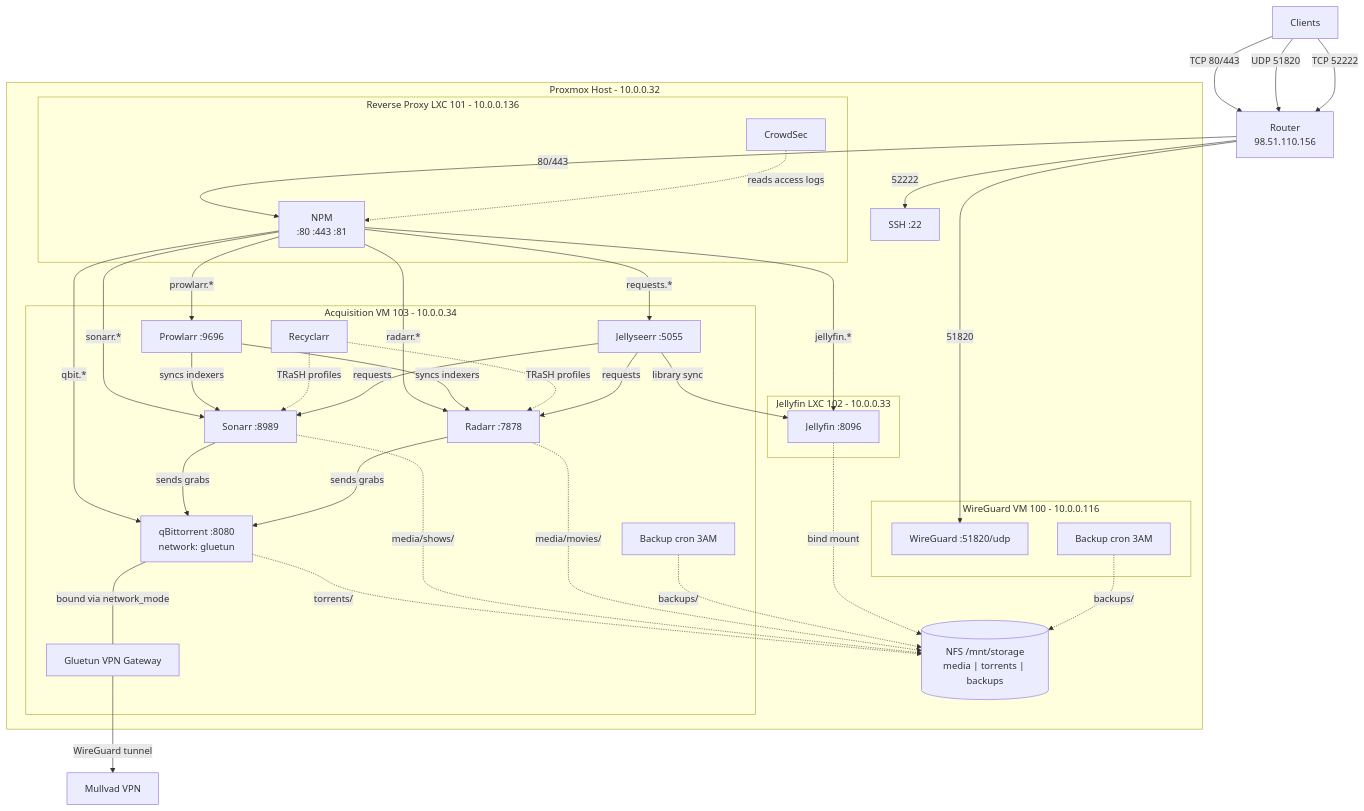
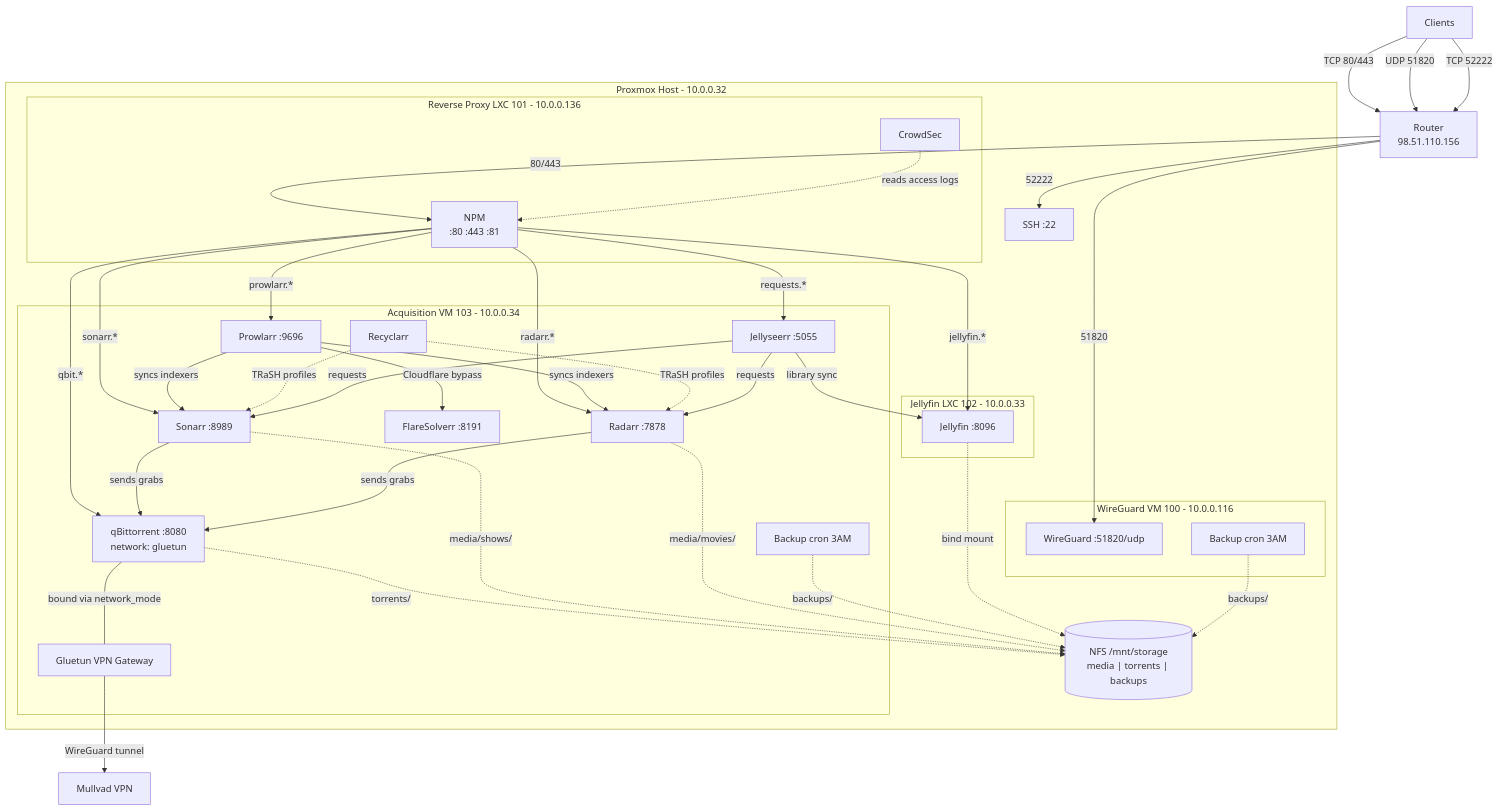
The diagram in OPERATIONS.md (awest25/farallon-infra), drawn with Mermaid before and after one commit. The commit also changed other lines of this file and 3 other files, not shown here.

First line of the commit message:
fix WireGuard host networking, add FlareSolverr, update docs

````diff
--- a/OPERATIONS.md
+++ b/OPERATIONS.md
@@ -5,73 +5,75 @@
 ```mermaid
 graph TB
     CLIENT["Clients"]
     MULLVAD["Mullvad VPN"]
     ROUTER["Router<br/>98.51.110.156"]
 
     CLIENT -->|"TCP 80/443"| ROUTER
     CLIENT -->|"UDP 51820"| ROUTER
     CLIENT -->|"TCP 52222"| ROUTER
 
     subgraph PVE["Proxmox Host - 10.0.0.32"]
         PVESSH["SSH :22"]
         STORAGE[("NFS /mnt/storage<br/>media | torrents | backups")]
 
         subgraph LXC101["Reverse Proxy LXC 101 - 10.0.0.136"]
             NPM["NPM<br/>:80 :443 :81"]
             CROWDSEC["CrowdSec"]
         end
 
         subgraph LXC102["Jellyfin LXC 102 - 10.0.0.33"]
             JELLYFIN["Jellyfin :8096"]
         end
 
         subgraph VM100["WireGuard VM 100 - 10.0.0.116"]
             WG["WireGuard :51820/udp"]
             WGCRON["Backup cron 3AM"]
         end
 
         subgraph VM103["Acquisition VM 103 - 10.0.0.34"]
             GLUETUN["Gluetun VPN Gateway"]
             QBIT["qBittorrent :8080<br/>network: gluetun"]
             PROWLARR["Prowlarr :9696"]
             SONARR["Sonarr :8989"]
             RADARR["Radarr :7878"]
             OVERSEERR["Jellyseerr :5055"]
             RECYCLARR["Recyclarr"]
+            FLARESOLVERR["FlareSolverr :8191"]
             ACQCRON["Backup cron 3AM"]
         end
     end
 
     ROUTER -->|"80/443"| NPM
     ROUTER -->|"51820"| WG
     ROUTER -->|"52222"| PVESSH
 
     NPM -->|"jellyfin.*"| JELLYFIN
     NPM -->|"sonarr.*"| SONARR
     NPM -->|"radarr.*"| RADARR
     NPM -->|"prowlarr.*"| PROWLARR
     NPM -->|"qbit.*"| QBIT
     NPM -->|"requests.*"| OVERSEERR
 
     CROWDSEC -.->|"reads access logs"| NPM
 
     GLUETUN -->|"WireGuard tunnel"| MULLVAD
     QBIT ---|"bound via network_mode"| GLUETUN
 
     PROWLARR -->|"syncs indexers"| SONARR
     PROWLARR -->|"syncs indexers"| RADARR
+    PROWLARR -->|"Cloudflare bypass"| FLARESOLVERR
     SONARR -->|"sends grabs"| QBIT
     RADARR -->|"sends grabs"| QBIT
     RECYCLARR -.->|"TRaSH profiles"| SONARR
     RECYCLARR -.->|"TRaSH profiles"| RADARR
     OVERSEERR -->|"requests"| SONARR
     OVERSEERR -->|"requests"| RADARR
     OVERSEERR -->|"library sync"| JELLYFIN
 
     QBIT -.->|"torrents/"| STORAGE
     SONARR -.->|"media/shows/"| STORAGE
     RADARR -.->|"media/movies/"| STORAGE
     JELLYFIN -.->|"bind mount"| STORAGE
     ACQCRON -.->|"backups/"| STORAGE
     WGCRON -.->|"backups/"| STORAGE
 ```
````
